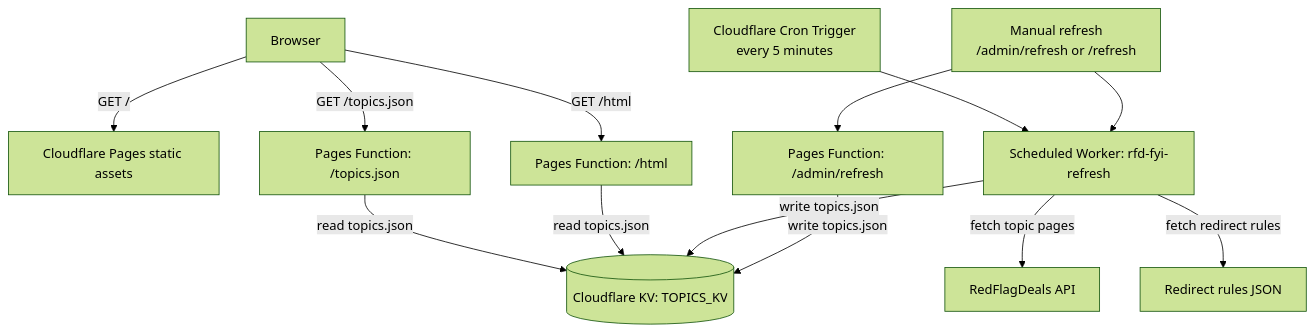
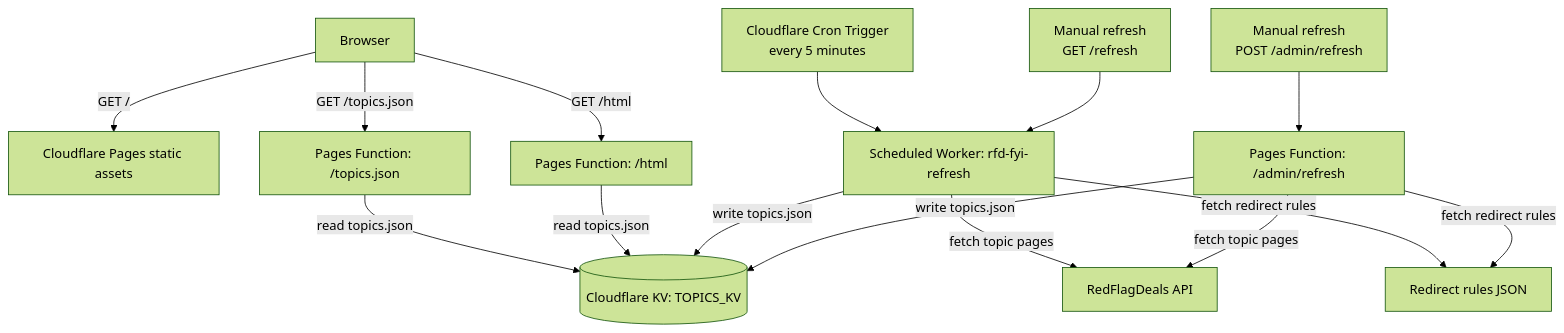
One commit to davegallant/rfd-fyi changed the diagram in README.md. Above: the diagram before and after it, drawn with Mermaid (forest theme). The commit also changed other lines of this file, not shown here.

````diff
--- a/README.md
+++ b/README.md
@@ -9,18 +9,20 @@
 ```mermaid
 flowchart TD
   Browser[Browser] -->|GET /| Pages[Cloudflare Pages static assets]
   Browser -->|GET /topics.json| TopicsFn[Pages Function: /topics.json]
   Browser -->|GET /html| HtmlFn[Pages Function: /html]
 
   TopicsFn -->|read topics.json| KV[(Cloudflare KV: TOPICS_KV)]
   HtmlFn -->|read topics.json| KV
 
   Cron[Cloudflare Cron Trigger<br/>every 5 minutes] --> RefreshWorker[Scheduled Worker: rfd-fyi-refresh]
   RefreshWorker -->|fetch topic pages| RFD[RedFlagDeals API]
   RefreshWorker -->|fetch redirect rules| Redirects[Redirect rules JSON]
   RefreshWorker -->|write topics.json| KV
 
-  Admin[Manual refresh<br/>/admin/refresh or /refresh] --> RefreshWorker
-  Admin --> TopicsRefreshFn[Pages Function: /admin/refresh]
+  AdminPages[Manual refresh<br/>POST /admin/refresh] --> TopicsRefreshFn[Pages Function: /admin/refresh]
+  AdminWorker[Manual refresh<br/>GET /refresh] --> RefreshWorker
+  TopicsRefreshFn -->|fetch topic pages| RFD
+  TopicsRefreshFn -->|fetch redirect rules| Redirects
   TopicsRefreshFn -->|write topics.json| KV
 ```
````
